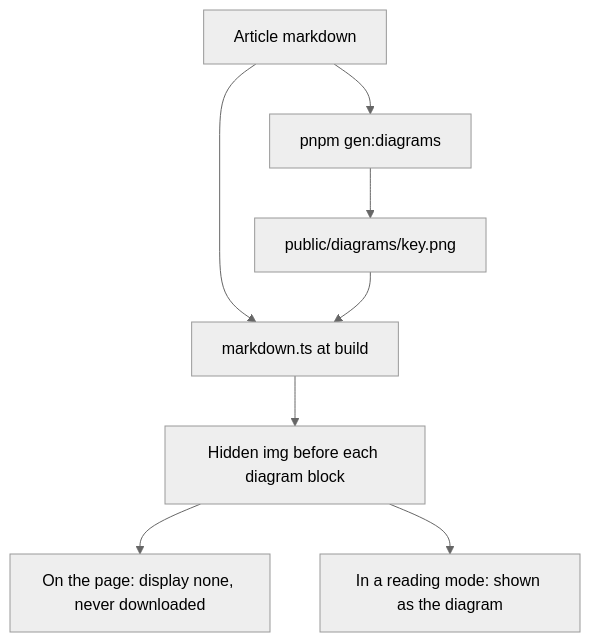
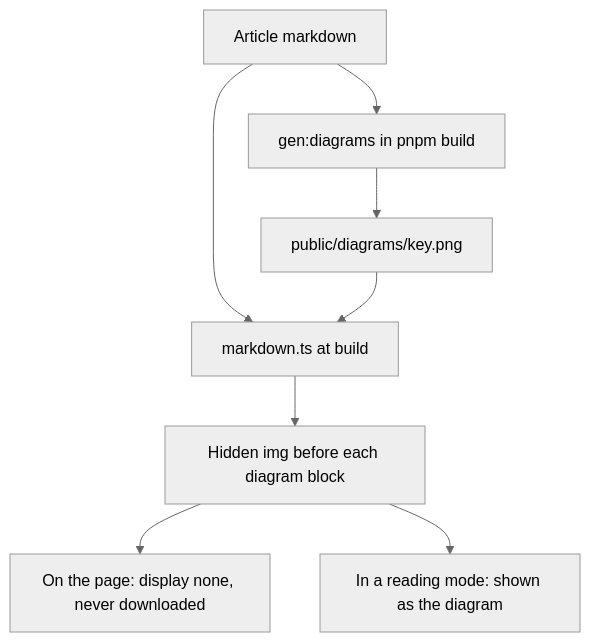
Before and after one commit to shibbirweb/shibbirweb.github.io: the diagram in docs/wiki/Reading-Mode.md, drawn with Mermaid (neutral theme). The commit also changed other lines of this file and 22 other files, not shown here.

First line of the commit message:
feat(articles): draw reading mode diagram images at build time

````diff
--- a/docs/wiki/Reading-Mode.md
+++ b/docs/wiki/Reading-Mode.md
@@ -21,10 +21,10 @@
 ```mermaid
 flowchart TD
-    A[Article markdown] --> B[pnpm gen:diagrams]
+    A[Article markdown] --> B[gen:diagrams in pnpm build]
     B --> C[public/diagrams/key.png]
     A --> D[markdown.ts at build]
     C --> D
     D --> E[Hidden img before each diagram block]
     E --> F[On the page: display none, never downloaded]
     E --> G[In a reading mode: shown as the diagram]
 ```
````
